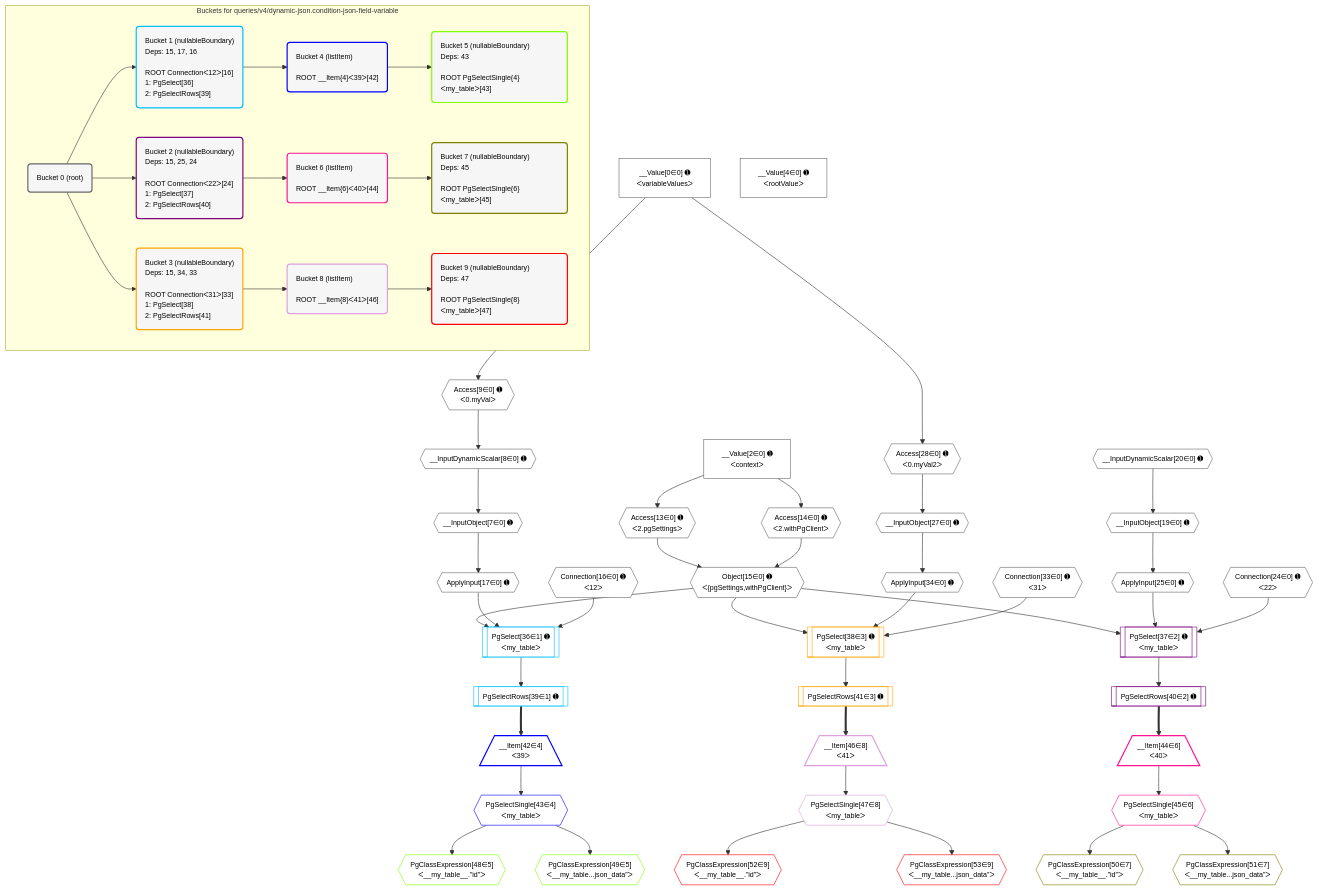
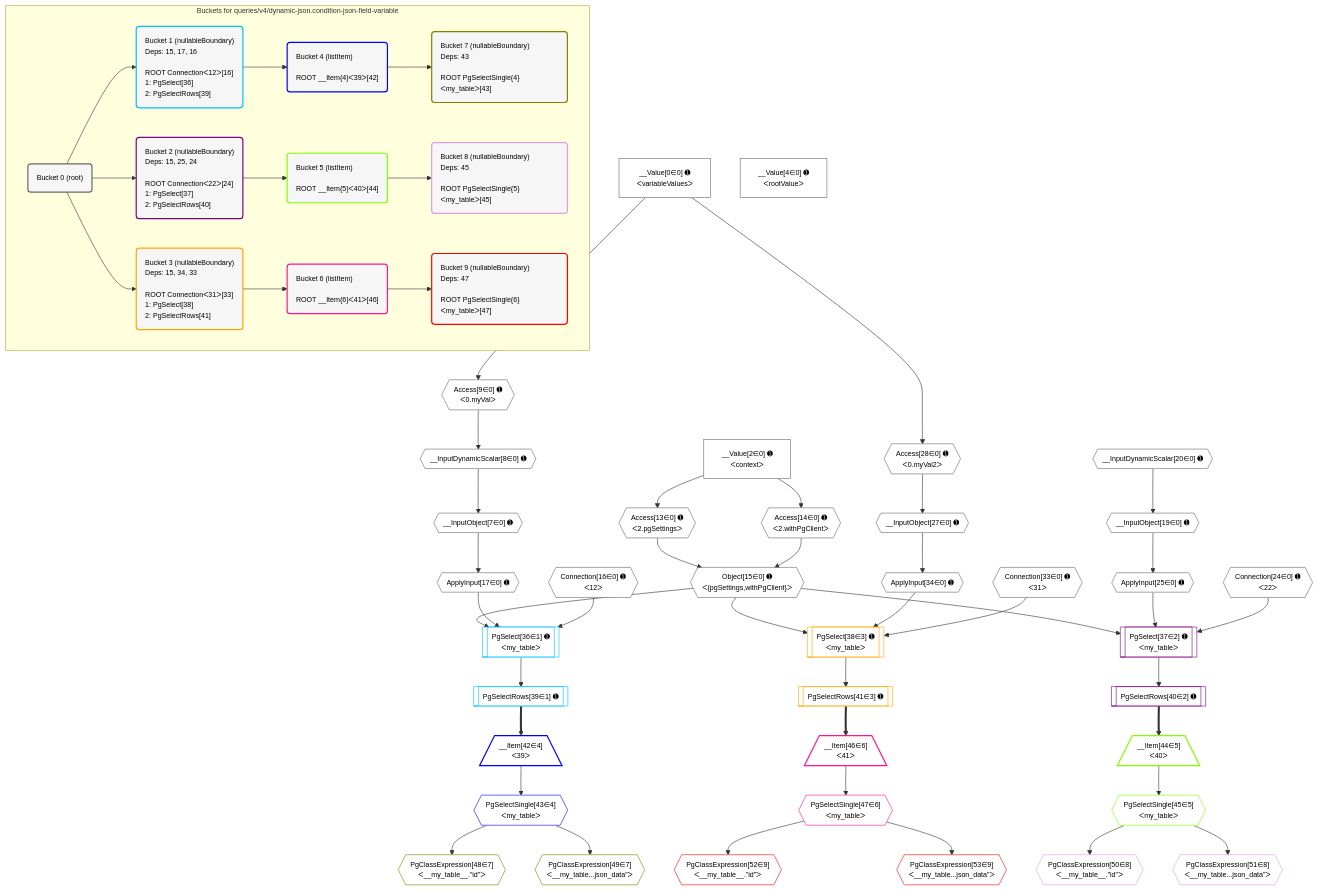
One commit to graphile/crystal changed the diagram in postgraphile/postgraphile/__tests__/queries/v4/dynamic-json.condition-json-field-variable.mermaid. Above: the diagram before and after it, drawn with Mermaid. The commit also changed 74 other files, not shown here.

Commit message:
More mermaid

```diff
--- a/postgraphile/postgraphile/__tests__/queries/v4/dynamic-json.condition-json-field-variable.mermaid
+++ b/postgraphile/postgraphile/__tests__/queries/v4/dynamic-json.condition-json-field-variable.mermaid
@@ -1,119 +1,119 @@
 %%{init: {'themeVariables': { 'fontSize': '12px'}}}%%
 graph TD
     classDef path fill:#eee,stroke:#000,color:#000
     classDef plan fill:#fff,stroke-width:1px,color:#000
     classDef itemplan fill:#fff,stroke-width:2px,color:#000
     classDef unbatchedplan fill:#dff,stroke-width:1px,color:#000
     classDef sideeffectplan fill:#fcc,stroke-width:2px,color:#000
     classDef bucket fill:#f6f6f6,color:#000,stroke-width:2px,text-align:left
 
     subgraph "Buckets for queries/v4/dynamic-json.condition-json-field-variable"
     Bucket0("Bucket 0 (root)"):::bucket
     Bucket1("Bucket 1 (nullableBoundary)<br />Deps: 15, 17, 16<br /><br />ROOT Connectionᐸ12ᐳ[16]<br />1: PgSelect[36]<br />2: PgSelectRows[39]"):::bucket
     Bucket2("Bucket 2 (nullableBoundary)<br />Deps: 15, 25, 24<br /><br />ROOT Connectionᐸ22ᐳ[24]<br />1: PgSelect[37]<br />2: PgSelectRows[40]"):::bucket
     Bucket3("Bucket 3 (nullableBoundary)<br />Deps: 15, 34, 33<br /><br />ROOT Connectionᐸ31ᐳ[33]<br />1: PgSelect[38]<br />2: PgSelectRows[41]"):::bucket
     Bucket4("Bucket 4 (listItem)<br /><br />ROOT __Item{4}ᐸ39ᐳ[42]"):::bucket
-    Bucket5("Bucket 5 (nullableBoundary)<br />Deps: 43<br /><br />ROOT PgSelectSingle{4}ᐸmy_tableᐳ[43]"):::bucket
-    Bucket6("Bucket 6 (listItem)<br /><br />ROOT __Item{6}ᐸ40ᐳ[44]"):::bucket
-    Bucket7("Bucket 7 (nullableBoundary)<br />Deps: 45<br /><br />ROOT PgSelectSingle{6}ᐸmy_tableᐳ[45]"):::bucket
-    Bucket8("Bucket 8 (listItem)<br /><br />ROOT __Item{8}ᐸ41ᐳ[46]"):::bucket
-    Bucket9("Bucket 9 (nullableBoundary)<br />Deps: 47<br /><br />ROOT PgSelectSingle{8}ᐸmy_tableᐳ[47]"):::bucket
+    Bucket5("Bucket 5 (listItem)<br /><br />ROOT __Item{5}ᐸ40ᐳ[44]"):::bucket
+    Bucket6("Bucket 6 (listItem)<br /><br />ROOT __Item{6}ᐸ41ᐳ[46]"):::bucket
+    Bucket7("Bucket 7 (nullableBoundary)<br />Deps: 43<br /><br />ROOT PgSelectSingle{4}ᐸmy_tableᐳ[43]"):::bucket
+    Bucket8("Bucket 8 (nullableBoundary)<br />Deps: 45<br /><br />ROOT PgSelectSingle{5}ᐸmy_tableᐳ[45]"):::bucket
+    Bucket9("Bucket 9 (nullableBoundary)<br />Deps: 47<br /><br />ROOT PgSelectSingle{6}ᐸmy_tableᐳ[47]"):::bucket
     end
     Bucket0 --> Bucket1 & Bucket2 & Bucket3
     Bucket1 --> Bucket4
-    Bucket2 --> Bucket6
-    Bucket3 --> Bucket8
-    Bucket4 --> Bucket5
-    Bucket6 --> Bucket7
-    Bucket8 --> Bucket9
+    Bucket2 --> Bucket5
+    Bucket3 --> Bucket6
+    Bucket4 --> Bucket7
+    Bucket5 --> Bucket8
+    Bucket6 --> Bucket9
 
     %% plan dependencies
     __InputObject7{{"__InputObject[7∈0] ➊"}}:::plan
     __InputDynamicScalar8{{"__InputDynamicScalar[8∈0] ➊"}}:::plan
     __InputDynamicScalar8 --> __InputObject7
     Object15{{"Object[15∈0] ➊<br />ᐸ{pgSettings,withPgClient}ᐳ"}}:::plan
     Access13{{"Access[13∈0] ➊<br />ᐸ2.pgSettingsᐳ"}}:::plan
     Access14{{"Access[14∈0] ➊<br />ᐸ2.withPgClientᐳ"}}:::plan
     Access13 & Access14 --> Object15
     __InputObject19{{"__InputObject[19∈0] ➊"}}:::plan
     __InputDynamicScalar20{{"__InputDynamicScalar[20∈0] ➊"}}:::plan
     __InputDynamicScalar20 --> __InputObject19
     __InputObject27{{"__InputObject[27∈0] ➊"}}:::plan
     Access28{{"Access[28∈0] ➊<br />ᐸ0.myVal2ᐳ"}}:::plan
     Access28 --> __InputObject27
     Access9{{"Access[9∈0] ➊<br />ᐸ0.myValᐳ"}}:::plan
     Access9 --> __InputDynamicScalar8
     __Value0["__Value[0∈0] ➊<br />ᐸvariableValuesᐳ"]:::plan
     __Value0 --> Access9
     __Value2["__Value[2∈0] ➊<br />ᐸcontextᐳ"]:::plan
     __Value2 --> Access13
     __Value2 --> Access14
     ApplyInput17{{"ApplyInput[17∈0] ➊"}}:::plan
     __InputObject7 --> ApplyInput17
     ApplyInput25{{"ApplyInput[25∈0] ➊"}}:::plan
     __InputObject19 --> ApplyInput25
     __Value0 --> Access28
     ApplyInput34{{"ApplyInput[34∈0] ➊"}}:::plan
     __InputObject27 --> ApplyInput34
     __Value4["__Value[4∈0] ➊<br />ᐸrootValueᐳ"]:::plan
     Connection16{{"Connection[16∈0] ➊<br />ᐸ12ᐳ"}}:::plan
     Connection24{{"Connection[24∈0] ➊<br />ᐸ22ᐳ"}}:::plan
     Connection33{{"Connection[33∈0] ➊<br />ᐸ31ᐳ"}}:::plan
     PgSelect36[["PgSelect[36∈1] ➊<br />ᐸmy_tableᐳ"]]:::plan
     Object15 & ApplyInput17 & Connection16 --> PgSelect36
     PgSelectRows39[["PgSelectRows[39∈1] ➊"]]:::plan
     PgSelect36 --> PgSelectRows39
     __Item42[/"__Item[42∈4]<br />ᐸ39ᐳ"\]:::itemplan
     PgSelectRows39 ==> __Item42
     PgSelectSingle43{{"PgSelectSingle[43∈4]<br />ᐸmy_tableᐳ"}}:::plan
     __Item42 --> PgSelectSingle43
-    PgClassExpression48{{"PgClassExpression[48∈5]<br />ᐸ__my_table__.”id”ᐳ"}}:::plan
+    PgClassExpression48{{"PgClassExpression[48∈7]<br />ᐸ__my_table__.”id”ᐳ"}}:::plan
     PgSelectSingle43 --> PgClassExpression48
-    PgClassExpression49{{"PgClassExpression[49∈5]<br />ᐸ__my_table...json_data”ᐳ"}}:::plan
+    PgClassExpression49{{"PgClassExpression[49∈7]<br />ᐸ__my_table...json_data”ᐳ"}}:::plan
     PgSelectSingle43 --> PgClassExpression49
     PgSelect37[["PgSelect[37∈2] ➊<br />ᐸmy_tableᐳ"]]:::plan
     Object15 & ApplyInput25 & Connection24 --> PgSelect37
     PgSelectRows40[["PgSelectRows[40∈2] ➊"]]:::plan
     PgSelect37 --> PgSelectRows40
-    __Item44[/"__Item[44∈6]<br />ᐸ40ᐳ"\]:::itemplan
+    __Item44[/"__Item[44∈5]<br />ᐸ40ᐳ"\]:::itemplan
     PgSelectRows40 ==> __Item44
-    PgSelectSingle45{{"PgSelectSingle[45∈6]<br />ᐸmy_tableᐳ"}}:::plan
+    PgSelectSingle45{{"PgSelectSingle[45∈5]<br />ᐸmy_tableᐳ"}}:::plan
     __Item44 --> PgSelectSingle45
-    PgClassExpression50{{"PgClassExpression[50∈7]<br />ᐸ__my_table__.”id”ᐳ"}}:::plan
+    PgClassExpression50{{"PgClassExpression[50∈8]<br />ᐸ__my_table__.”id”ᐳ"}}:::plan
     PgSelectSingle45 --> PgClassExpression50
-    PgClassExpression51{{"PgClassExpression[51∈7]<br />ᐸ__my_table...json_data”ᐳ"}}:::plan
+    PgClassExpression51{{"PgClassExpression[51∈8]<br />ᐸ__my_table...json_data”ᐳ"}}:::plan
     PgSelectSingle45 --> PgClassExpression51
     PgSelect38[["PgSelect[38∈3] ➊<br />ᐸmy_tableᐳ"]]:::plan
     Object15 & ApplyInput34 & Connection33 --> PgSelect38
     PgSelectRows41[["PgSelectRows[41∈3] ➊"]]:::plan
     PgSelect38 --> PgSelectRows41
-    __Item46[/"__Item[46∈8]<br />ᐸ41ᐳ"\]:::itemplan
+    __Item46[/"__Item[46∈6]<br />ᐸ41ᐳ"\]:::itemplan
     PgSelectRows41 ==> __Item46
-    PgSelectSingle47{{"PgSelectSingle[47∈8]<br />ᐸmy_tableᐳ"}}:::plan
+    PgSelectSingle47{{"PgSelectSingle[47∈6]<br />ᐸmy_tableᐳ"}}:::plan
     __Item46 --> PgSelectSingle47
     PgClassExpression52{{"PgClassExpression[52∈9]<br />ᐸ__my_table__.”id”ᐳ"}}:::plan
     PgSelectSingle47 --> PgClassExpression52
     PgClassExpression53{{"PgClassExpression[53∈9]<br />ᐸ__my_table...json_data”ᐳ"}}:::plan
     PgSelectSingle47 --> PgClassExpression53
 
     %% define steps
     classDef bucket0 stroke:#696969
     class Bucket0,__Value0,__Value2,__Value4,__InputObject7,__InputDynamicScalar8,Access9,Access13,Access14,Object15,Connection16,ApplyInput17,__InputObject19,__InputDynamicScalar20,Connection24,ApplyInput25,__InputObject27,Access28,Connection33,ApplyInput34 bucket0
     classDef bucket1 stroke:#00bfff
     class Bucket1,PgSelect36,PgSelectRows39 bucket1
     classDef bucket2 stroke:#7f007f
     class Bucket2,PgSelect37,PgSelectRows40 bucket2
     classDef bucket3 stroke:#ffa500
     class Bucket3,PgSelect38,PgSelectRows41 bucket3
     classDef bucket4 stroke:#0000ff
     class Bucket4,__Item42,PgSelectSingle43 bucket4
     classDef bucket5 stroke:#7fff00
-    class Bucket5,PgClassExpression48,PgClassExpression49 bucket5
+    class Bucket5,__Item44,PgSelectSingle45 bucket5
     classDef bucket6 stroke:#ff1493
-    class Bucket6,__Item44,PgSelectSingle45 bucket6
+    class Bucket6,__Item46,PgSelectSingle47 bucket6
     classDef bucket7 stroke:#808000
-    class Bucket7,PgClassExpression50,PgClassExpression51 bucket7
+    class Bucket7,PgClassExpression48,PgClassExpression49 bucket7
     classDef bucket8 stroke:#dda0dd
-    class Bucket8,__Item46,PgSelectSingle47 bucket8
+    class Bucket8,PgClassExpression50,PgClassExpression51 bucket8
     classDef bucket9 stroke:#ff0000
     class Bucket9,PgClassExpression52,PgClassExpression53 bucket9
```
